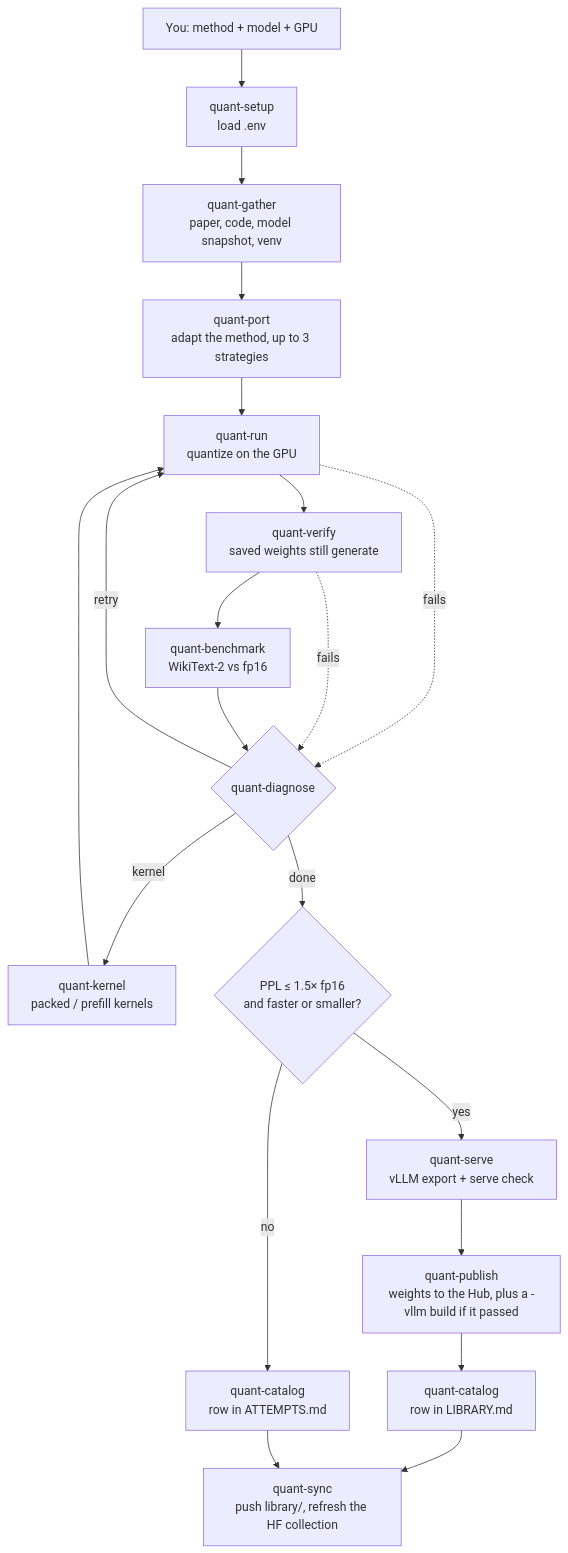
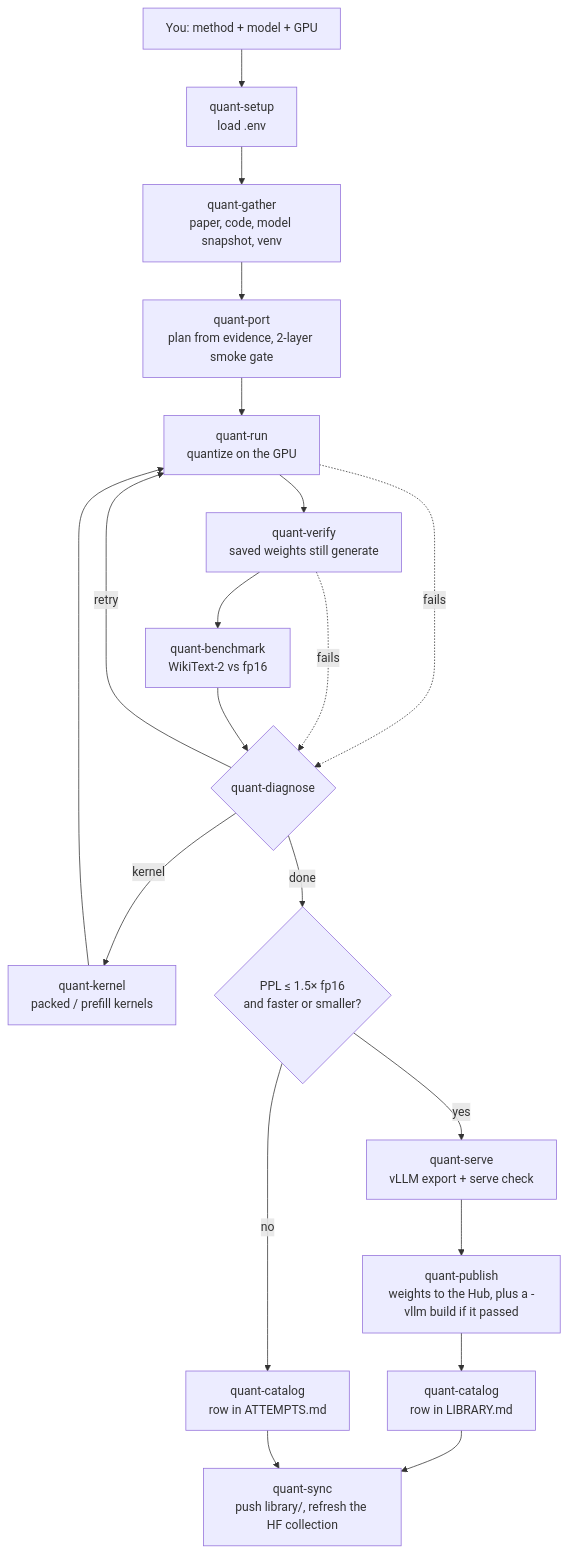
Before and after one commit to chris320211/QuantPort: the diagram in README.md, drawn with Mermaid. The commit also changed 13 other files, not shown here.

Commit message:
Add evidence-driven port planner

````diff
--- a/README.md
+++ b/README.md
@@ -18,22 +18,22 @@
 ```mermaid
 flowchart TD
   in["You: method + model + GPU"] --> setup["quant-setup<br/>load .env"]
   setup --> gather["quant-gather<br/>paper, code, model snapshot, venv"]
-  gather --> port["quant-port<br/>adapt the method, up to 3 strategies"]
+  gather --> port["quant-port<br/>plan from evidence, 2-layer smoke gate"]
   port --> run["quant-run<br/>quantize on the GPU"]
   run --> verify["quant-verify<br/>saved weights still generate"]
   verify --> bench["quant-benchmark<br/>WikiText-2 vs fp16"]
   run -. fails .-> diag
   verify -. fails .-> diag
   bench --> diag{"quant-diagnose"}
   diag -->|retry| run
   diag -->|kernel| kernel["quant-kernel<br/>packed / prefill kernels"]
   kernel --> run
   diag -->|done| ok{"PPL ≤ 1.5× fp16<br/>and faster or smaller?"}
   ok -->|yes| serve["quant-serve<br/>vLLM export + serve check"]
   serve --> pub["quant-publish<br/>weights to the Hub, plus a -vllm build if it passed"]
   pub --> cat["quant-catalog<br/>row in LIBRARY.md"]
   ok -->|no| att["quant-catalog<br/>row in ATTEMPTS.md"]
   cat --> sync["quant-sync<br/>push library/, refresh the HF collection"]
   att --> sync
 ```
````
